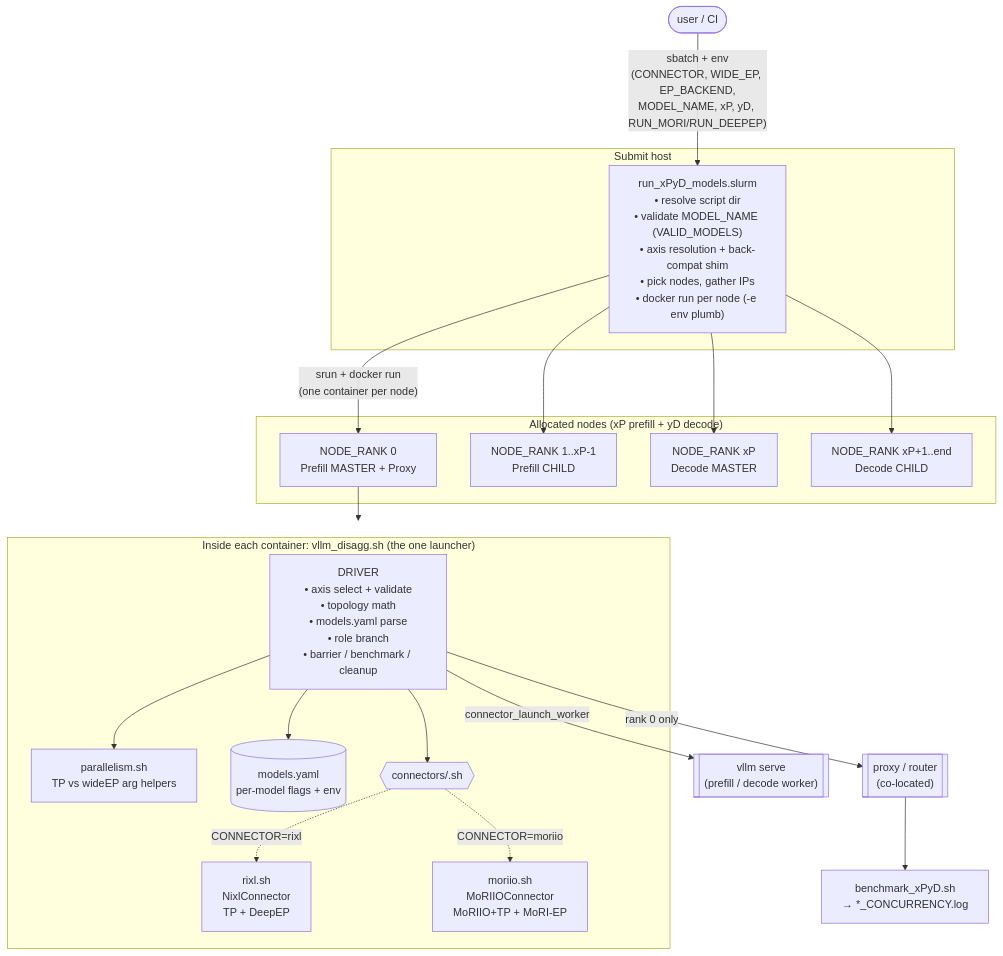
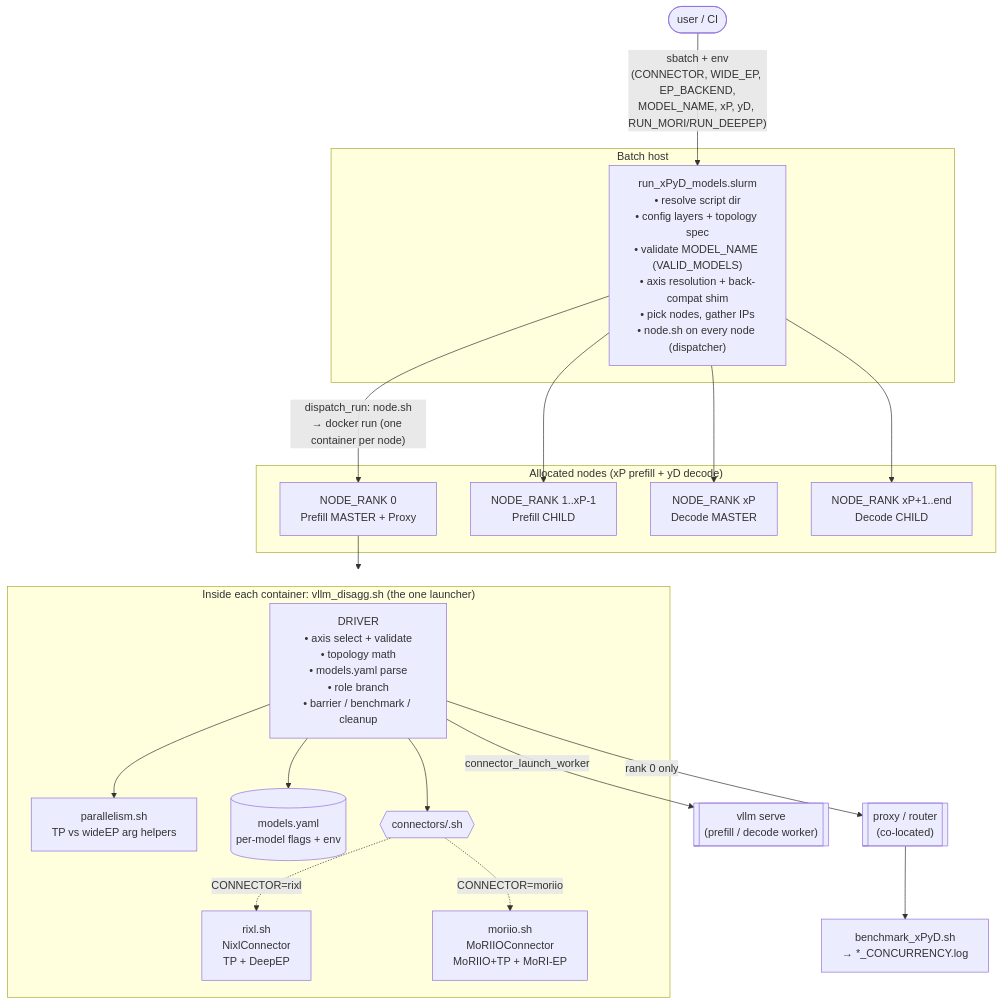
One commit to ROCm/MAD changed the first of 7 diagrams in docs/multinode-overview.md. Above: the diagram before and after it, drawn with Mermaid. The commit also changed other lines of this file and 15 other files, not shown here.

````diff
--- a/docs/multinode-overview.md
+++ b/docs/multinode-overview.md
@@ -366,39 +386,39 @@
 ```mermaid
 flowchart TB
     user([user / CI]) -->|"sbatch + env\n(CONNECTOR, WIDE_EP, EP_BACKEND,\nMODEL_NAME, xP, yD, RUN_MORI/RUN_DEEPEP)"| slurm
 
-    subgraph host["Submit host"]
-        slurm["run_xPyD_models.slurm\n• resolve script dir\n• validate MODEL_NAME (VALID_MODELS)\n• axis resolution + back-compat shim\n• pick nodes, gather IPs\n• docker run per node (-e env plumb)"]
+    subgraph host["Batch host"]
+        slurm["run_xPyD_models.slurm\n• resolve script dir\n• config layers + topology spec\n• validate MODEL_NAME (VALID_MODELS)\n• axis resolution + back-compat shim\n• pick nodes, gather IPs\n• node.sh on every node (dispatcher)"]
     end
 
-    slurm -->|"srun + docker run\n(one container per node)"| n0
+    slurm -->|"dispatch_run: node.sh\n→ docker run (one container per node)"| n0
     slurm --> n1
     slurm --> n2
     slurm --> n3
 
     subgraph cluster["Allocated nodes (xP prefill + yD decode)"]
         n0["NODE_RANK 0\nPrefill MASTER + Proxy"]
         n1["NODE_RANK 1..xP-1\nPrefill CHILD"]
         n2["NODE_RANK xP\nDecode MASTER"]
         n3["NODE_RANK xP+1..end\nDecode CHILD"]
     end
 
     subgraph driverbox["Inside each container: vllm_disagg.sh (the one launcher)"]
         driver["DRIVER\n• axis select + validate\n• topology math\n• models.yaml parse\n• role branch\n• barrier / benchmark / cleanup"]
         para["parallelism.sh\nTP vs wideEP arg helpers"]
         yaml[("models.yaml\nper-model flags + env")]
         conn{{"connectors/<CONNECTOR>.sh"}}
         rixl["rixl.sh\nNixlConnector\nTP + DeepEP"]
         moriio["moriio.sh\nMoRIIOConnector\nMoRIIO+TP + MoRI-EP"]
         driver --> para
         driver --> yaml
         driver --> conn
         conn -.->|CONNECTOR=rixl| rixl
         conn -.->|CONNECTOR=moriio| moriio
     end
 
     n0 --> driverbox
     driver -->|connector_launch_worker| vllm[["vllm serve\n(prefill / decode worker)"]]
     driver -->|rank 0 only| proxy[["proxy / router\n(co-located)"]]
     proxy --> bench["benchmark_xPyD.sh\n→ *_CONCURRENCY.log"]
 ```
````
